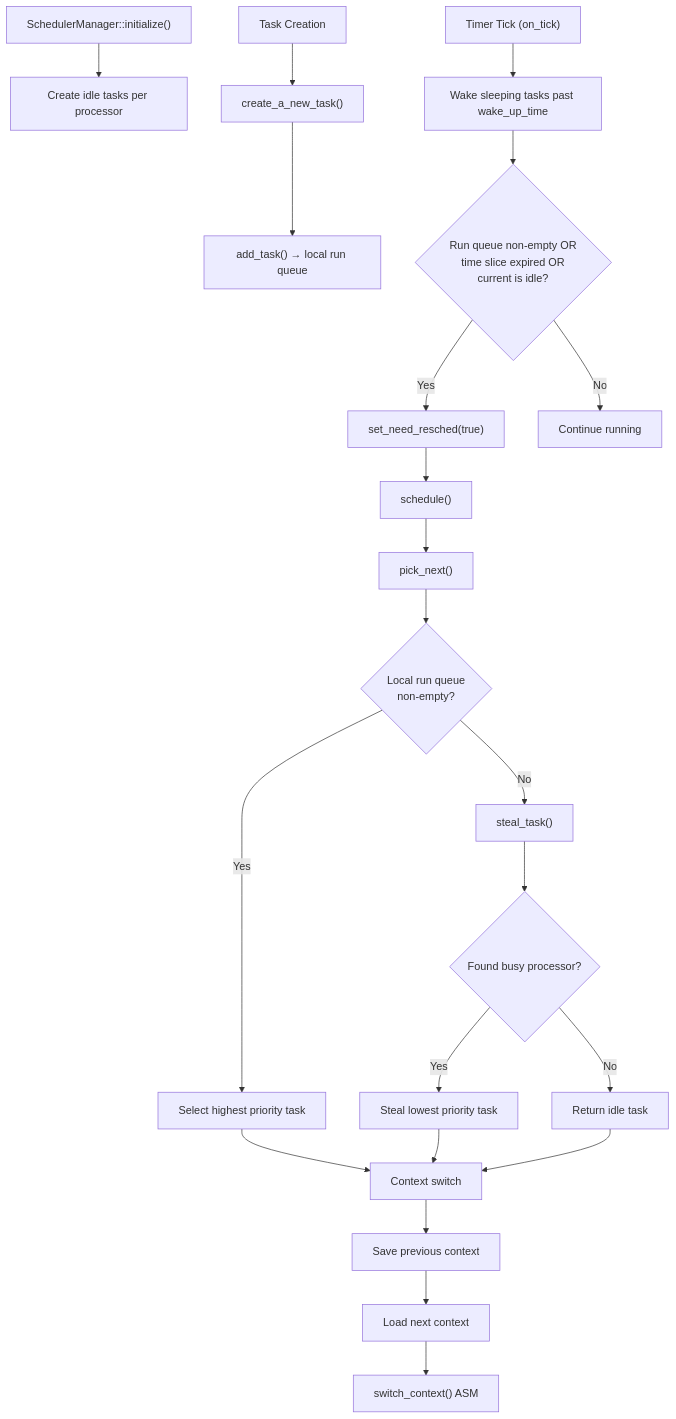
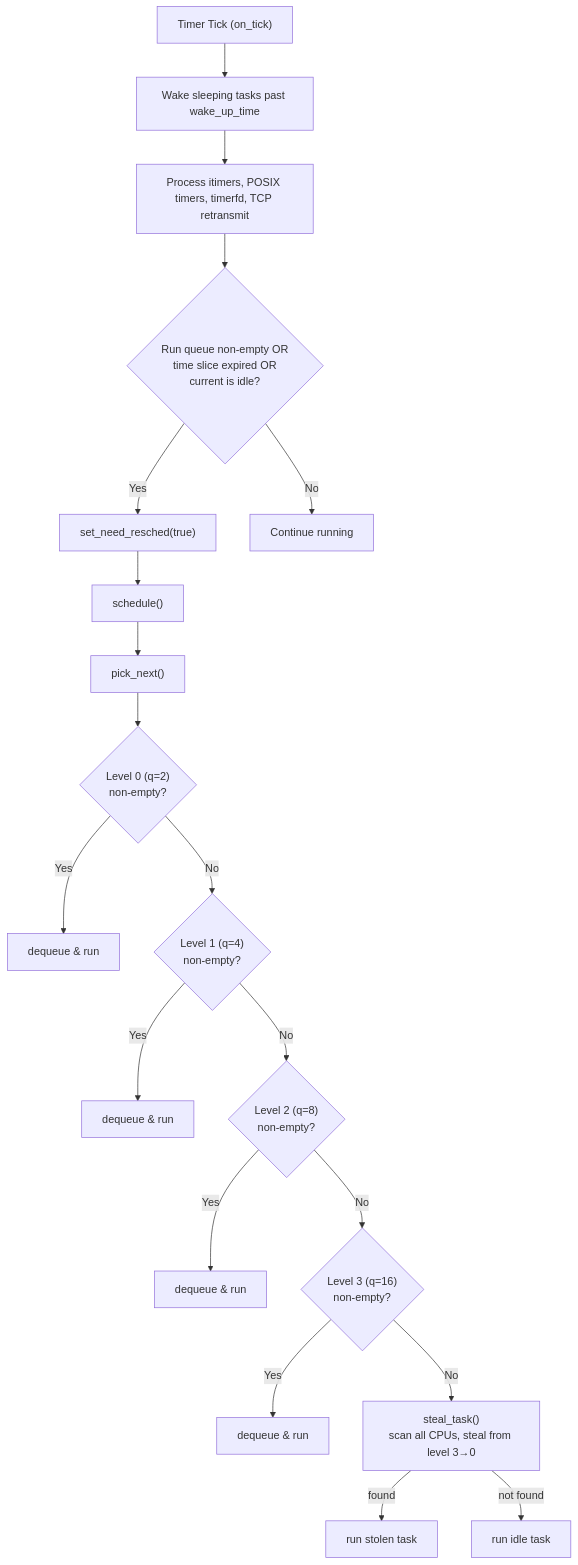
The second of 4 diagrams in Docs/Kernel/Scheduler/README.md (KitsuneBSD/FKernel), drawn with Mermaid before and after one commit. The commit also changed other lines of this file and 15 other files, not shown here.

Commit message:
docs: update TODO.md and architecture documentation for session 12

````diff
--- a/Docs/Kernel/Scheduler/README.md
+++ b/Docs/Kernel/Scheduler/README.md
@@ -9,29 +38,22 @@
 ```mermaid
 flowchart TD
-    A["SchedulerManager::initialize()"] --> B["Create idle tasks per processor"]
-
-    C["Task Creation"] --> D["create_a_new_task()"]
-    D --> E["add_task() → local run queue"]
-
-    F["Timer Tick (on_tick)"] --> F1["Wake sleeping tasks past wake_up_time"]
-    F1 --> F2{"Run queue non-empty OR<br/>time slice expired OR<br/>current is idle?"}
-    F2 -->|Yes| H["set_need_resched(true)"]
-    F2 -->|No| I["Continue running"]
+    A["Timer Tick (on_tick)"] --> A1["Wake sleeping tasks past wake_up_time"]
+    A1 --> A2["Process itimers, POSIX timers, timerfd, TCP retransmit"]
+    A2 --> A3{"Run queue non-empty OR<br/>time slice expired OR<br/>current is idle?"}
+    A3 -->|Yes| H["set_need_resched(true)"]
+    A3 -->|No| I["Continue running"]
 
     H --> J["schedule()"]
     J --> K["pick_next()"]
-    K --> L{"Local run queue<br/>non-empty?"}
-    L -->|Yes| M["Select highest priority task"]
-    L -->|No| N["steal_task()"]
-    N --> O{"Found busy processor?"}
-    O -->|Yes| P["Steal lowest priority task"]
-    O -->|No| Q["Return idle task"]
-
-    M --> R["Context switch"]
-    P --> R
-    Q --> R
-
-    R --> S["Save previous context"]
-    S --> T["Load next context"]
-    T --> U["switch_context() ASM"]
+    K --> L0{"Level 0 (q=2)<br/>non-empty?"}
+    L0 -->|Yes| DEQ0["dequeue & run"]
+    L0 -->|No| L1{"Level 1 (q=4)<br/>non-empty?"}
+    L1 -->|Yes| DEQ1["dequeue & run"]
+    L1 -->|No| L2{"Level 2 (q=8)<br/>non-empty?"}
+    L2 -->|Yes| DEQ2["dequeue & run"]
+    L2 -->|No| L3{"Level 3 (q=16)<br/>non-empty?"}
+    L3 -->|Yes| DEQ3["dequeue & run"]
+    L3 -->|No| STEAL["steal_task()<br/>scan all CPUs, steal from level 3→0"]
+    STEAL -->|"found"| RUN["run stolen task"]
+    STEAL -->|"not found"| IDLE["run idle task"]
 ```
````
